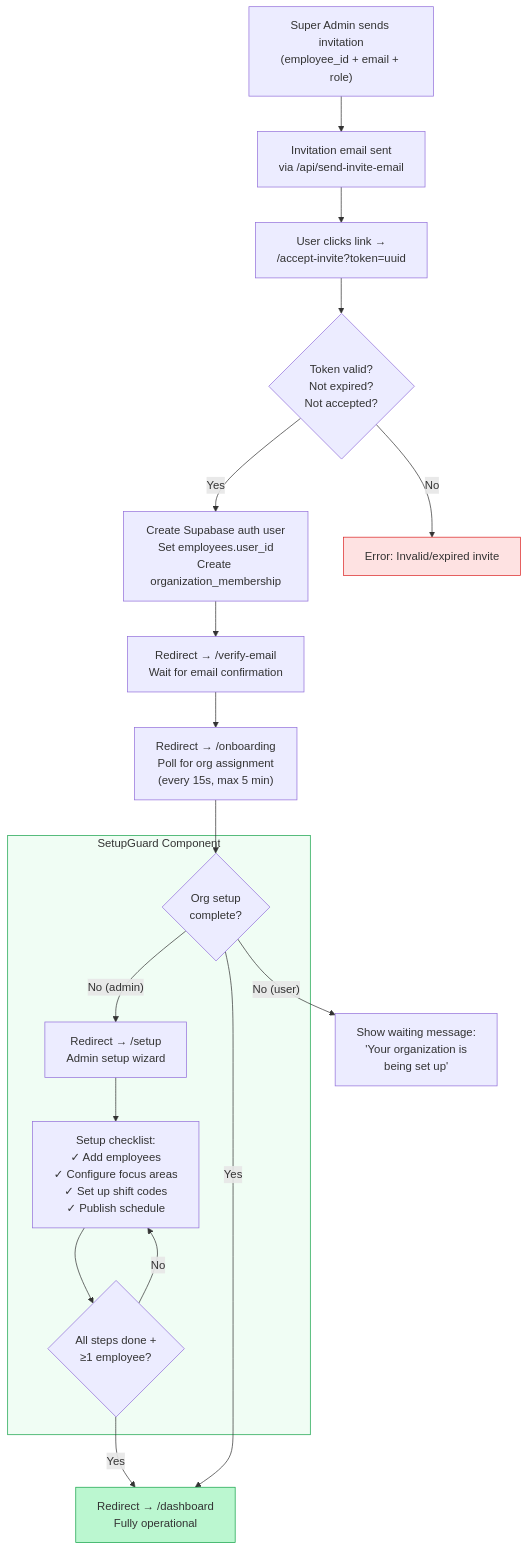
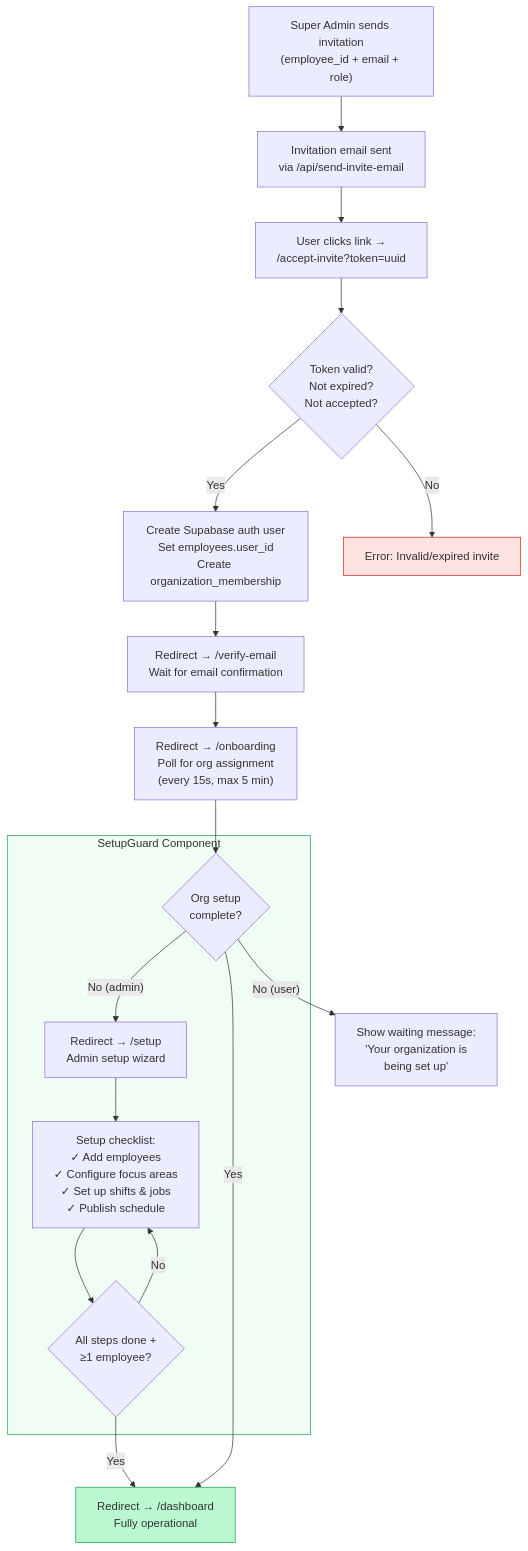
The ninth of 10 diagrams in SYSTEM_FLOWCHARTS.md (nickosmas/dub-grid), drawn with Mermaid before and after one commit. The commit also changed other lines of this file and 12 other files, not shown here.

````diff
--- a/SYSTEM_FLOWCHARTS.md
+++ b/SYSTEM_FLOWCHARTS.md
@@ -794,39 +784,39 @@
 ```mermaid
 flowchart TD
     INVITE["Super Admin sends invitation<br/>(employee_id + email + role)"]
     EMAIL["Invitation email sent<br/>via /api/send-invite-email"]
     ACCEPT["User clicks link →<br/>/accept-invite?token=uuid"]
     VALIDATE{"Token valid?<br/>Not expired?<br/>Not accepted?"}
     CREATE["Create Supabase auth user<br/>Set employees.user_id<br/>Create organization_membership"]
     VERIFY["Redirect → /verify-email<br/>Wait for email confirmation"]
     ONBOARD["Redirect → /onboarding<br/>Poll for org assignment<br/>(every 15s, max 5 min)"]
 
     subgraph SetupGuard["SetupGuard Component"]
         SETUP_CHECK{"Org setup<br/>complete?"}
         SETUP["Redirect → /setup<br/>Admin setup wizard"]
-        CHECKLIST["Setup checklist:<br/>✓ Add employees<br/>✓ Configure focus areas<br/>✓ Set up shift codes<br/>✓ Publish schedule"]
+        CHECKLIST["Setup checklist:<br/>✓ Add employees<br/>✓ Configure focus areas<br/>✓ Set up shifts & jobs<br/>✓ Publish schedule"]
         COMPLETE{"All steps done +<br/>≥1 employee?"}
     end
 
     DASHBOARD["Redirect → /dashboard<br/>Fully operational"]
 
     INVITE --> EMAIL
     EMAIL --> ACCEPT
     ACCEPT --> VALIDATE
     VALIDATE -->|No| REJECT["Error: Invalid/expired invite"]
     VALIDATE -->|Yes| CREATE
     CREATE --> VERIFY
     VERIFY --> ONBOARD
     ONBOARD --> SETUP_CHECK
     SETUP_CHECK -->|"No (admin)"| SETUP
     SETUP --> CHECKLIST
     CHECKLIST --> COMPLETE
     COMPLETE -->|No| CHECKLIST
     COMPLETE -->|Yes| DASHBOARD
     SETUP_CHECK -->|Yes| DASHBOARD
     SETUP_CHECK -->|"No (user)"| WAIT["Show waiting message:<br/>'Your organization is<br/>being set up'"]
 
     style REJECT fill:#fee2e2,stroke:#dc2626
     style DASHBOARD fill:#bbf7d0,stroke:#16a34a
     style SetupGuard fill:#f0fdf4,stroke:#16a34a
 ```
````
